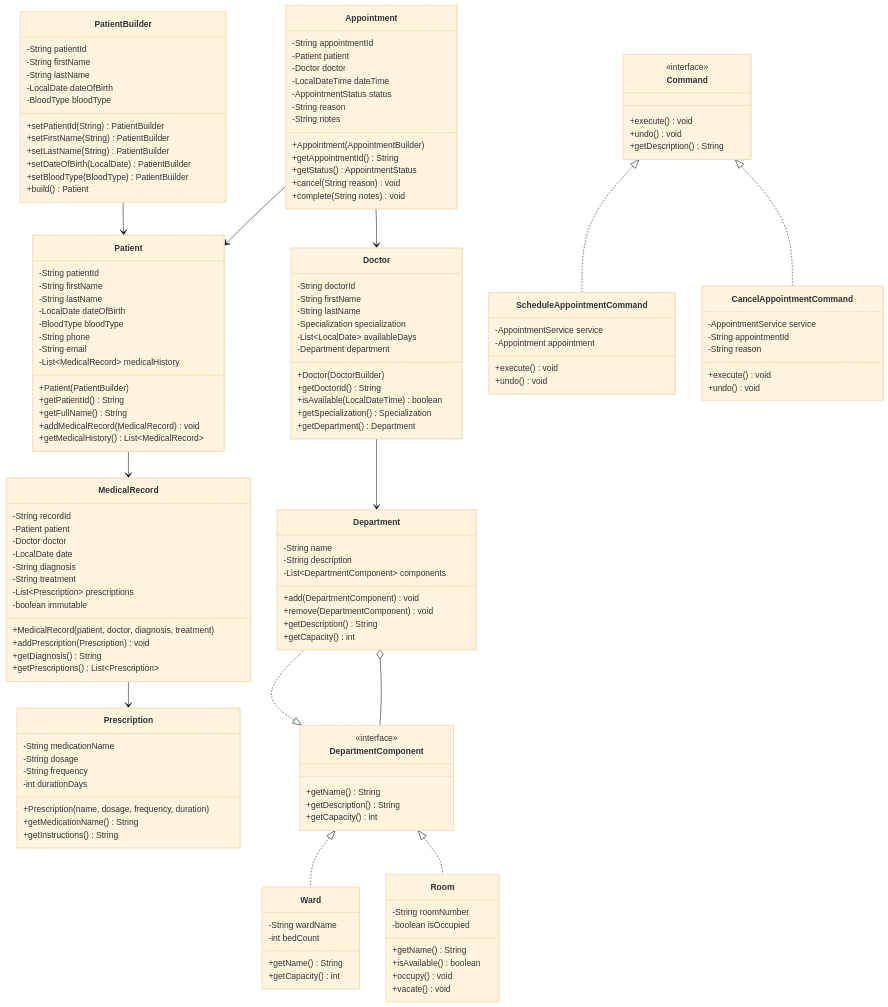
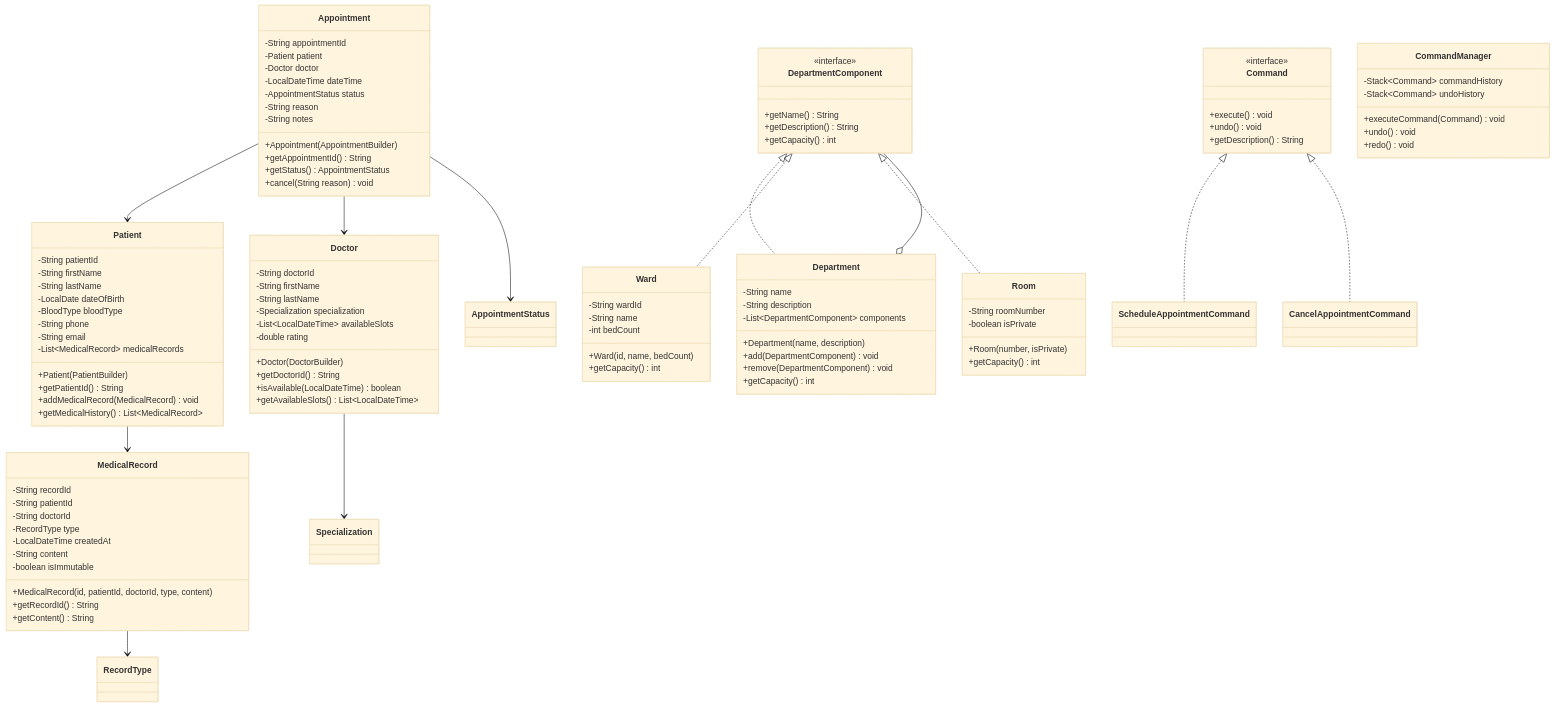
Before and after one commit to javaengineeringacademy/java-engineering-academy: the second of 2 diagrams in 01-programming-languages/Java/02-oop/33-mini-projects/intermediate/hospital-management/README.md, drawn with Mermaid (base theme). The commit also changed other lines of this file and 48 other files, not shown here.

First line of the commit message:
fix: final polish for 10/10 - split long READMEs, fix duplicates, add diagrams

```diff
--- a/01-programming-languages/Java/02-oop/33-mini-projects/intermediate/hospital-management/README.md
+++ b/01-programming-languages/Java/02-oop/33-mini-projects/intermediate/hospital-management/README.md
@@ -149,10 +162,9 @@
         -BloodType bloodType
         -String phone
         -String email
-        -List~MedicalRecord~ medicalHistory
+        -List~MedicalRecord~ medicalRecords
         +Patient(PatientBuilder)
         +getPatientId() String
-        +getFullName() String
         +addMedicalRecord(MedicalRecord) void
         +getMedicalHistory() List~MedicalRecord~
     }
@@ -162,13 +174,12 @@
         -String firstName
         -String lastName
         -Specialization specialization
-        -List~LocalDate~ availableDays
-        -Department department
+        -List~LocalDateTime~ availableSlots
+        -double rating
         +Doctor(DoctorBuilder)
         +getDoctorId() String
         +isAvailable(LocalDateTime) boolean
-        +getSpecialization() Specialization
-        +getDepartment() Department
+        +getAvailableSlots() List~LocalDateTime~
     }
     
     class Appointment {
@@ -183,46 +194,19 @@
         +getAppointmentId() String
         +getStatus() AppointmentStatus
         +cancel(String reason) void
-        +complete(String notes) void
     }
     
     class MedicalRecord {
         -String recordId
-        -Patient patient
-        -Doctor doctor
-        -LocalDate date
-        -String diagnosis
-        -String treatment
-        -List~Prescription~ prescriptions
-        -boolean immutable
-        +MedicalRecord(patient, doctor, diagnosis, treatment)
-        +addPrescription(Prescription) void
-        +getDiagnosis() String
-        +getPrescriptions() List~Prescription~
-    }
-    
-    class Prescription {
-        -String medicationName
-        -String dosage
-        -String frequency
-        -int durationDays
-        +Prescription(name, dosage, frequency, duration)
-        +getMedicationName() String
-        +getInstructions() String
-    }
-    
-    class PatientBuilder {
         -String patientId
-        -String firstName
-        -String lastName
-        -LocalDate dateOfBirth
-        -BloodType bloodType
-        +setPatientId(String) PatientBuilder
-        +setFirstName(String) PatientBuilder
-        +setLastName(String) PatientBuilder
-        +setDateOfBirth(LocalDate) PatientBuilder
-        +setBloodType(BloodType) PatientBuilder
-        +build() Patient
+        -String doctorId
+        -RecordType type
+        -LocalDateTime createdAt
+        -String content
+        -boolean isImmutable
+        +MedicalRecord(id, patientId, doctorId, type, content)
+        +getRecordId() String
+        +getContent() String
     }
     
     class DepartmentComponent {
@@ -236,26 +220,25 @@
         -String name
         -String description
         -List~DepartmentComponent~ components
+        +Department(name, description)
         +add(DepartmentComponent) void
         +remove(DepartmentComponent) void
-        +getDescription() String
         +getCapacity() int
     }
     
     class Ward {
-        -String wardName
+        -String wardId
+        -String name
         -int bedCount
-        +getName() String
+        +Ward(id, name, bedCount)
         +getCapacity() int
     }
     
     class Room {
         -String roomNumber
-        -boolean isOccupied
-        +getName() String
-        +isAvailable() boolean
-        +occupy() void
-        +vacate() void
+        -boolean isPrivate
+        +Room(number, isPrivate)
+        +getCapacity() int
     }
     
     class Command {
@@ -265,27 +248,20 @@
         +getDescription() String
     }
     
-    class ScheduleAppointmentCommand {
-        -AppointmentService service
-        -Appointment appointment
-        +execute() void
+    class CommandManager {
+        -Stack~Command~ commandHistory
+        -Stack~Command~ undoHistory
+        +executeCommand(Command) void
         +undo() void
-    }
-    
-    class CancelAppointmentCommand {
-        -AppointmentService service
-        -String appointmentId
-        -String reason
-        +execute() void
-        +undo() void
+        +redo() void
     }
     
     Patient --> MedicalRecord
-    Doctor --> Department
     Appointment --> Patient
     Appointment --> Doctor
-    MedicalRecord --> Prescription
-    PatientBuilder --> Patient
+    Appointment --> AppointmentStatus
+    Doctor --> Specialization
+    MedicalRecord --> RecordType
     DepartmentComponent <|.. Department
     DepartmentComponent <|.. Ward
     DepartmentComponent <|.. Room
```
